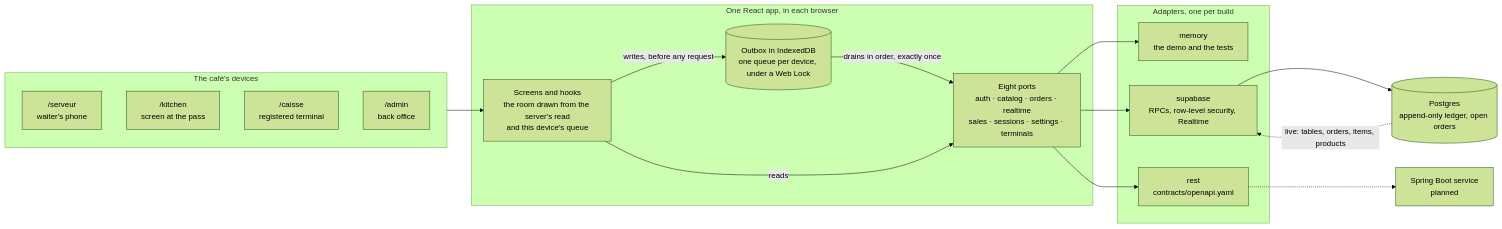
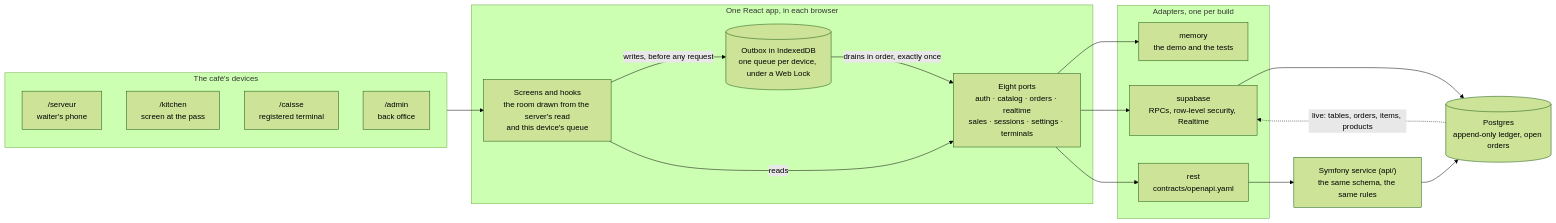
The first of 2 diagrams in README.md (benabderrahmenmohamed/Admindashboardforcassmachine), drawn with Mermaid (forest theme) before and after one commit. The commit also changed other lines of this file and 11 other files, not shown here.

````diff
--- a/README.md
+++ b/README.md
@@ -54,35 +55,36 @@
 ```mermaid
 flowchart LR
   subgraph cafe["The café's devices"]
     serveur["/serveur<br/>waiter's phone"]
     kitchen["/kitchen<br/>screen at the pass"]
     caisse["/caisse<br/>registered terminal"]
     admin["/admin<br/>back office"]
   end
 
   subgraph app["One React app, in each browser"]
     screens["Screens and hooks<br/>the room drawn from the server's read<br/>and this device's queue"]
     outbox[("Outbox in IndexedDB<br/>one queue per device, under a Web Lock")]
     ports["Eight ports<br/>auth · catalog · orders · realtime<br/>sales · sessions · settings · terminals"]
   end
 
   subgraph adapters["Adapters, one per build"]
     memory["memory<br/>the demo and the tests"]
     supabase["supabase<br/>RPCs, row-level security, Realtime"]
     rest["rest<br/>contracts/openapi.yaml"]
   end
 
   postgres[("Postgres<br/>append-only ledger, open orders")]
-  service["Spring Boot service<br/>planned"]
+  service["Symfony service (api/)<br/>the same schema, the same rules"]
 
   cafe --> screens
   screens -->|"writes, before any request"| outbox
   outbox -->|"drains in order, exactly once"| ports
   screens -->|reads| ports
   ports --> memory
   ports --> supabase
   ports --> rest
   supabase --> postgres
   postgres -.->|"live: tables, orders, items, products"| supabase
-  rest -.-> service
+  rest --> service
+  service --> postgres
 ```
````
